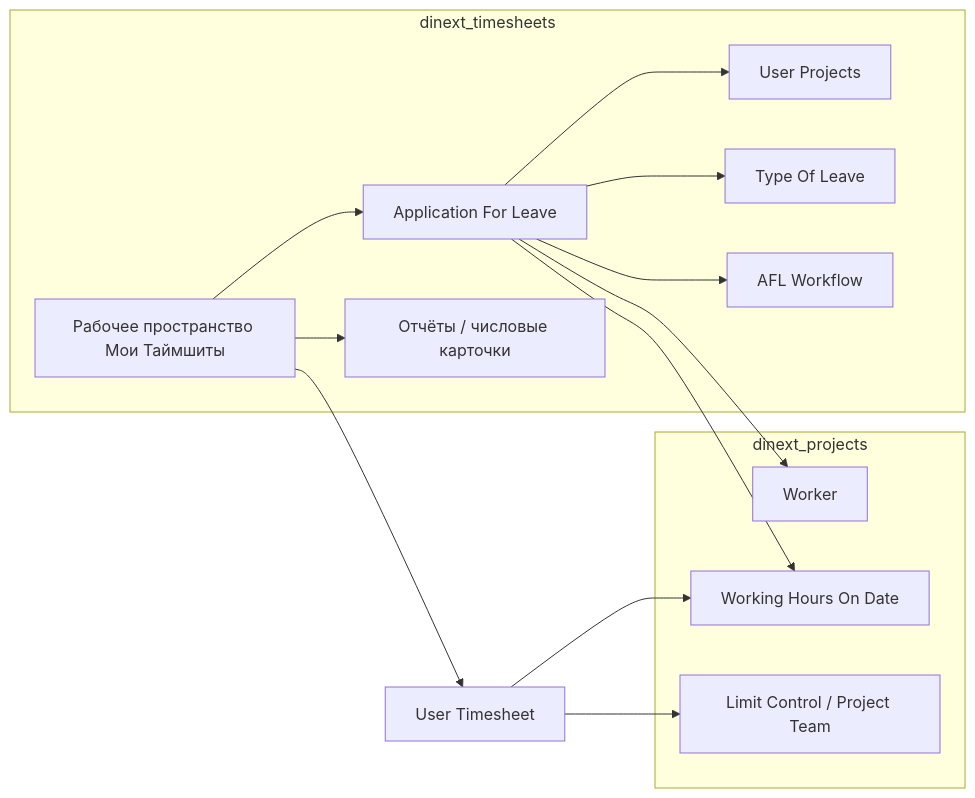
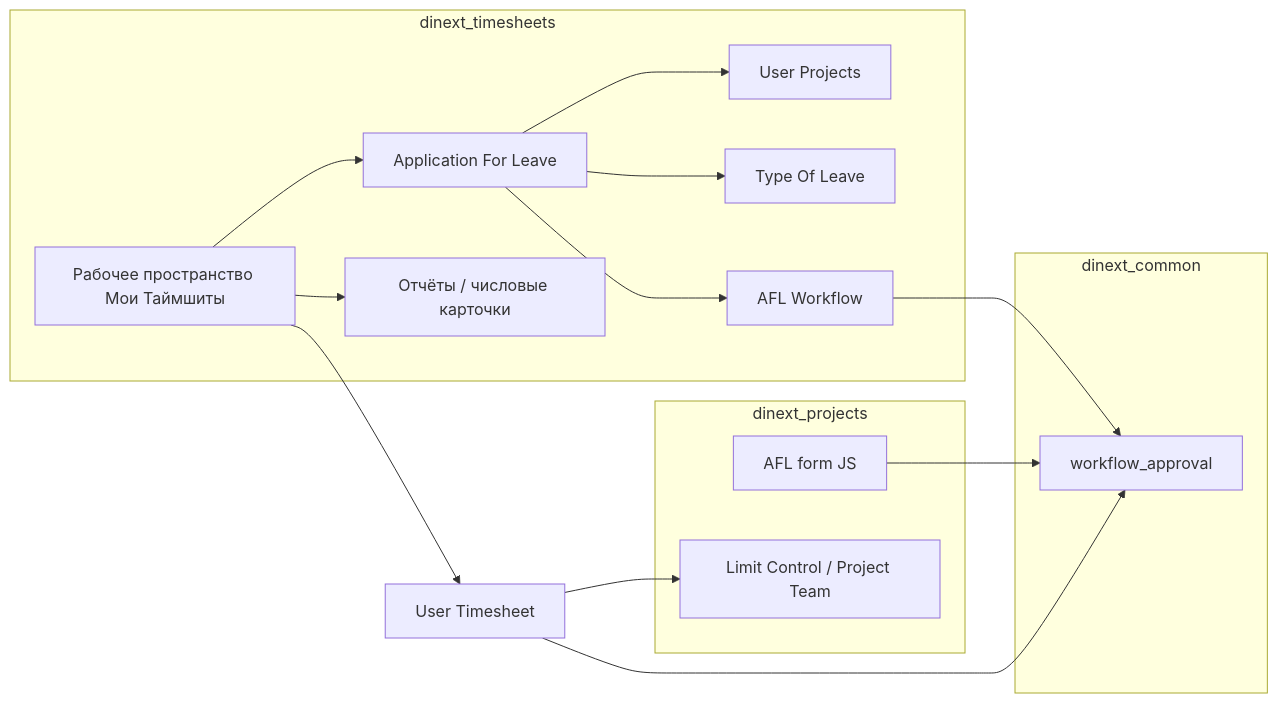
The second of 2 diagrams in README.md (Dinext-pro/dinext-timesheets), drawn with Mermaid before and after one commit. The commit also changed other lines of this file and 30 other files, not shown here.

First line of the commit message:
feat(workflow): orchestrate timesheets through the common engine

````diff
--- a/README.md
+++ b/README.md
@@ -246,26 +262,28 @@
 ```mermaid
 flowchart LR
     subgraph timesheets [dinext_timesheets]
       AFL[Application For Leave]
       UP[User Projects]
       TOL[Type Of Leave]
       WF[AFL Workflow]
       WS[Рабочее пространство Мои Таймшиты]
       REP[Отчёты / числовые карточки]
     end
     subgraph projects [dinext_projects]
-      W[Worker]
-      WHO[Working Hours On Date]
+      AFLJs[AFL form JS]
       LC[Limit Control / Project Team]
+    end
+    subgraph common [dinext_common]
+      Engine[workflow_approval]
     end
     AFL --> UP
     AFL --> TOL
     AFL --> WF
-    AFL --> W
-    AFL --> WHO
-    UT[User Timesheet] --> WHO
+    WF --> Engine
+    AFLJs --> Engine
+    UT[User Timesheet] --> Engine
     UT --> LC
     WS --> REP
     WS --> AFL
     WS --> UT
 ```
````
